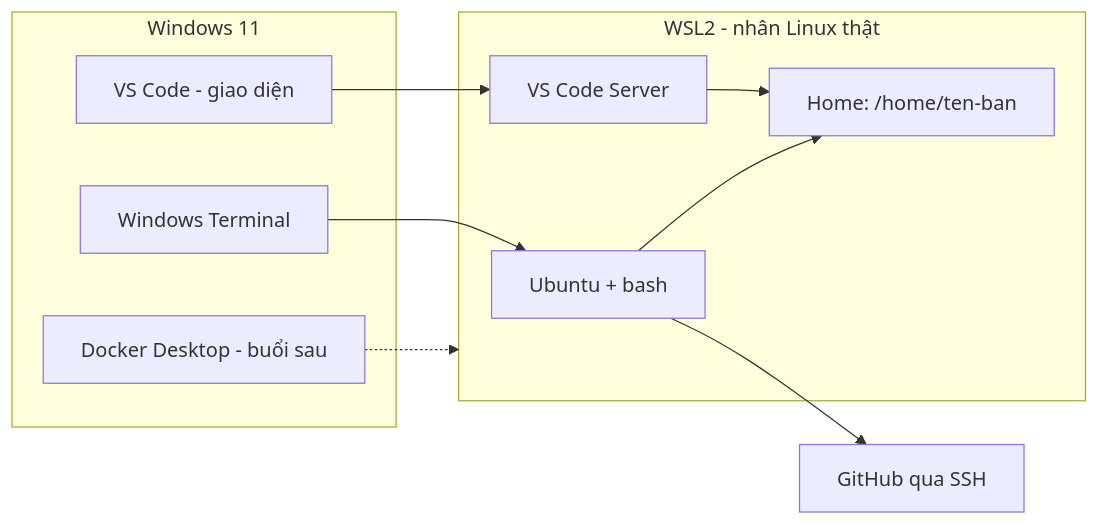
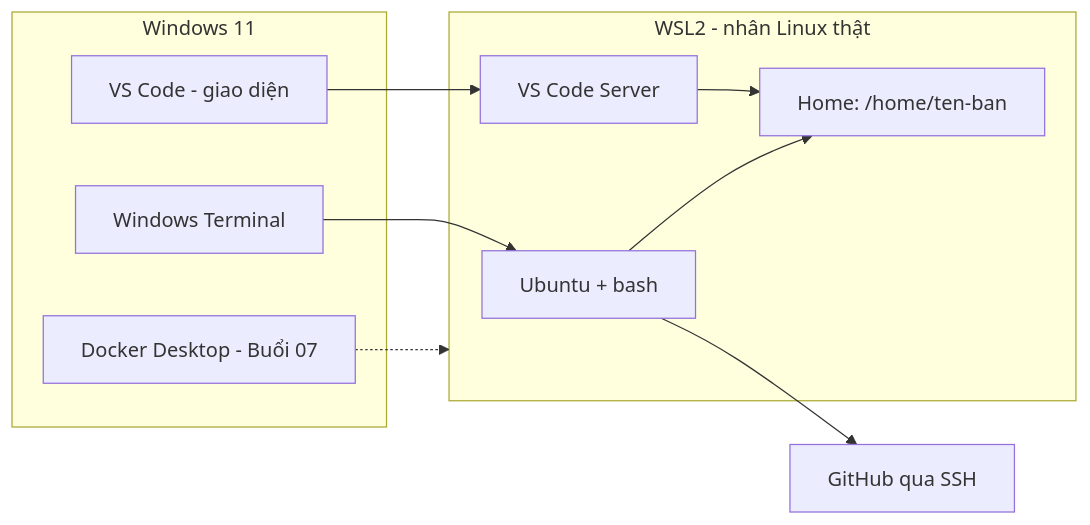
One commit to TienNHM/devops-course changed the diagram in labs/week-01/session-02.md. Above: the diagram before and after it, drawn with Mermaid. The commit also changed other lines of this file and 165 other files, not shown here.

````diff
--- a/labs/week-01/session-02.md
+++ b/labs/week-01/session-02.md
@@ -53,20 +53,20 @@
 ```mermaid
 flowchart LR
   subgraph Windows11["Windows 11"]
     WT["Windows Terminal"]
     VSC["VS Code - giao diện"]
-    DD["Docker Desktop - buổi sau"]
+    DD["Docker Desktop - Buổi 07"]
   end
   subgraph WSL2["WSL2 - nhân Linux thật"]
     UB["Ubuntu + bash"]
     HOME["Home: /home/ten-ban"]
     SRV["VS Code Server"]
   end
   GH["GitHub qua SSH"]
   WT --> UB
   VSC --> SRV
   SRV --> HOME
   UB --> HOME
   UB --> GH
   DD -.-> WSL2
 ```
````
